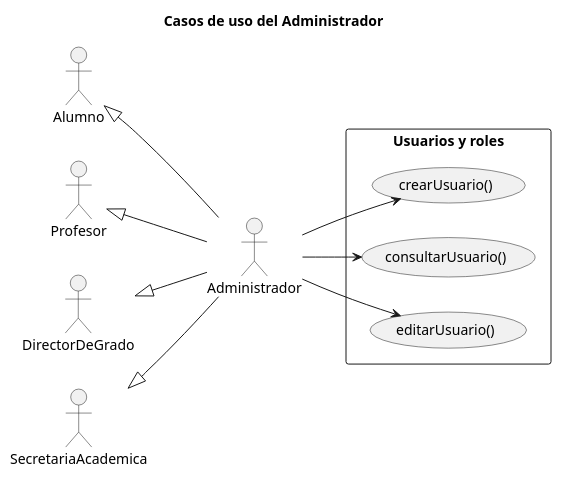
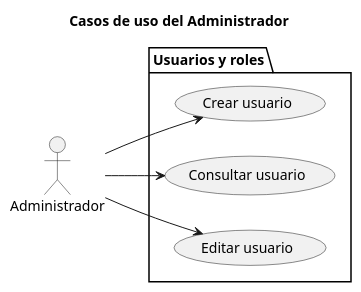
Before and after one commit to enmabry/25-26-IdSw1-SdR: the diagram in documents/CasosDeUso/CasoDeUso/Administrador/Administrador.puml, drawn with PlantUML. The commit also changed 21 other files, not shown here.

```diff
--- a/documents/CasosDeUso/CasoDeUso/Administrador/Administrador.puml
+++ b/documents/CasosDeUso/CasoDeUso/Administrador/Administrador.puml
@@ -1,27 +1,17 @@
-@startuml CasosDeUsoAdministrador
+@startuml
 Title Casos de uso del Administrador
 left to right direction
-skinparam packageStyle rectangle
+skinparam style strictuml
 
-actor Alumno
-actor Profesor
-actor DirectorDeGrado
-actor SecretariaAcademica
 actor Administrador
 
-' Herencia de roles: Administrador puede hacer todo lo de estos actores
-Alumno <|-- Administrador
-Profesor <|-- Administrador
-DirectorDeGrado <|-- Administrador
-SecretariaAcademica <|-- Administrador
+package "Usuarios y roles" {
+    usecase "Crear usuario" as UsuariosCrear
+    usecase "Consultar usuario" as UsuariosConsultar
+    usecase "Editar usuario" as UsuariosEditar
+}
 
-    package "Usuarios y roles" {
-        usecase "crearUsuario()"     as UsuariosCrear
-        usecase "consultarUsuario()" as UsuariosConsultar
-        usecase "editarUsuario()"    as UsuariosEditar
-    }
-
-    Administrador --> UsuariosCrear
-    Administrador --> UsuariosConsultar
-    Administrador --> UsuariosEditar
+Administrador --> UsuariosCrear
+Administrador --> UsuariosConsultar
+Administrador --> UsuariosEditar
 @enduml
```
